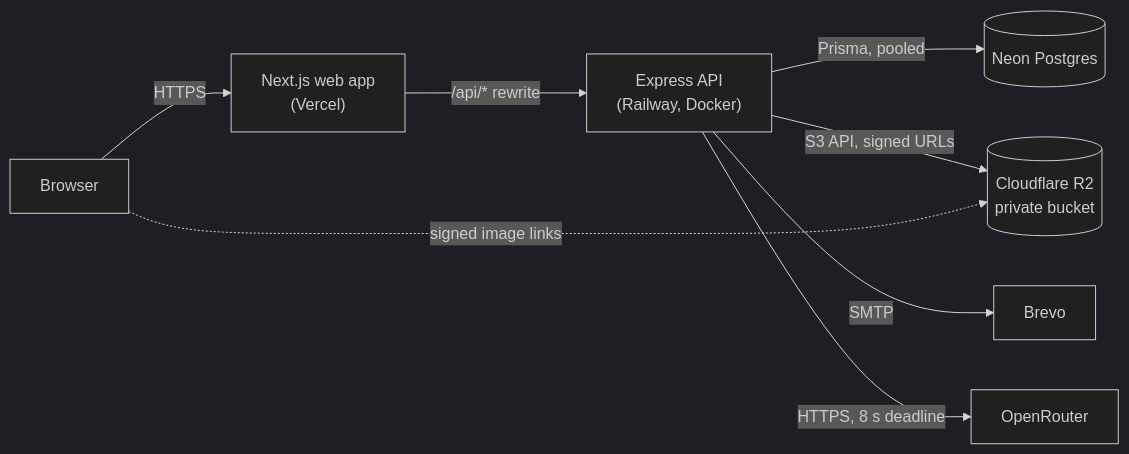
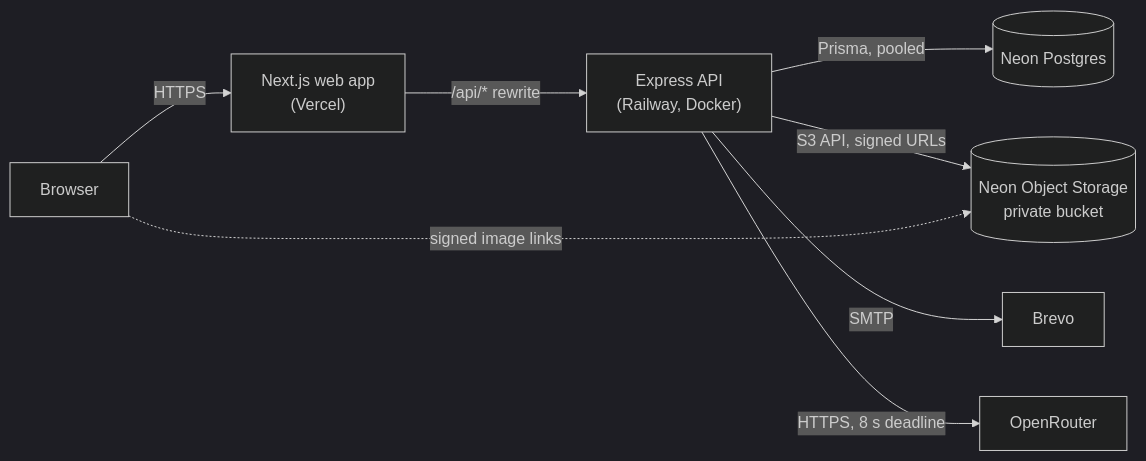
One commit to jubair-jx/travel-photo-journal changed the first of 2 diagrams in README.md. Above: the diagram before and after it, drawn with Mermaid (dark theme). The commit also changed other lines of this file and 46 other files, not shown here.

````diff
--- a/README.md
+++ b/README.md
@@ -42,10 +42,10 @@
 ```mermaid
 flowchart LR
   Browser["Browser"] -->|"HTTPS"| Web["Next.js web app<br/>(Vercel)"]
   Web -->|"/api/* rewrite"| API["Express API<br/>(Railway, Docker)"]
   API -->|"Prisma, pooled"| DB[("Neon Postgres")]
-  API -->|"S3 API, signed URLs"| R2[("Cloudflare R2<br/>private bucket")]
+  API -->|"S3 API, signed URLs"| R2[("Neon Object Storage<br/>private bucket")]
   API -->|"SMTP"| Mail["Brevo"]
   API -->|"HTTPS, 8 s deadline"| Summaries["OpenRouter"]
   Browser -.->|"signed image links"| R2
 ```
````
